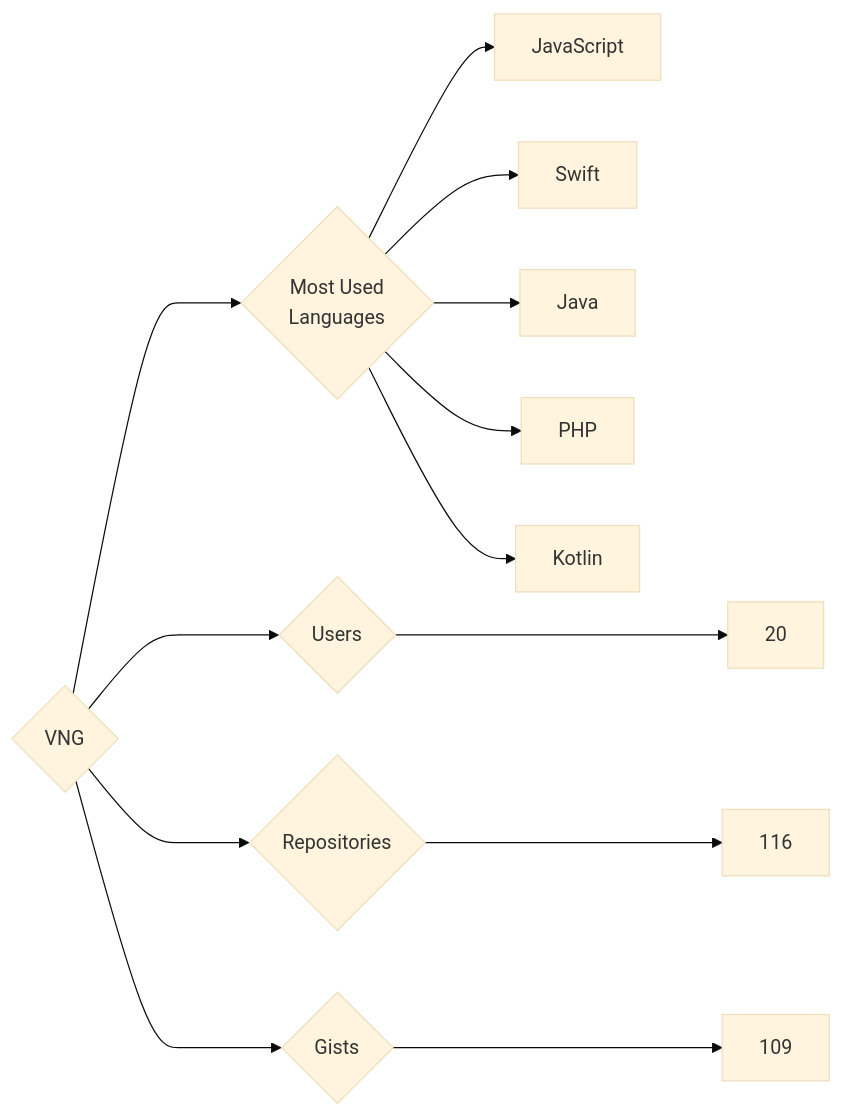
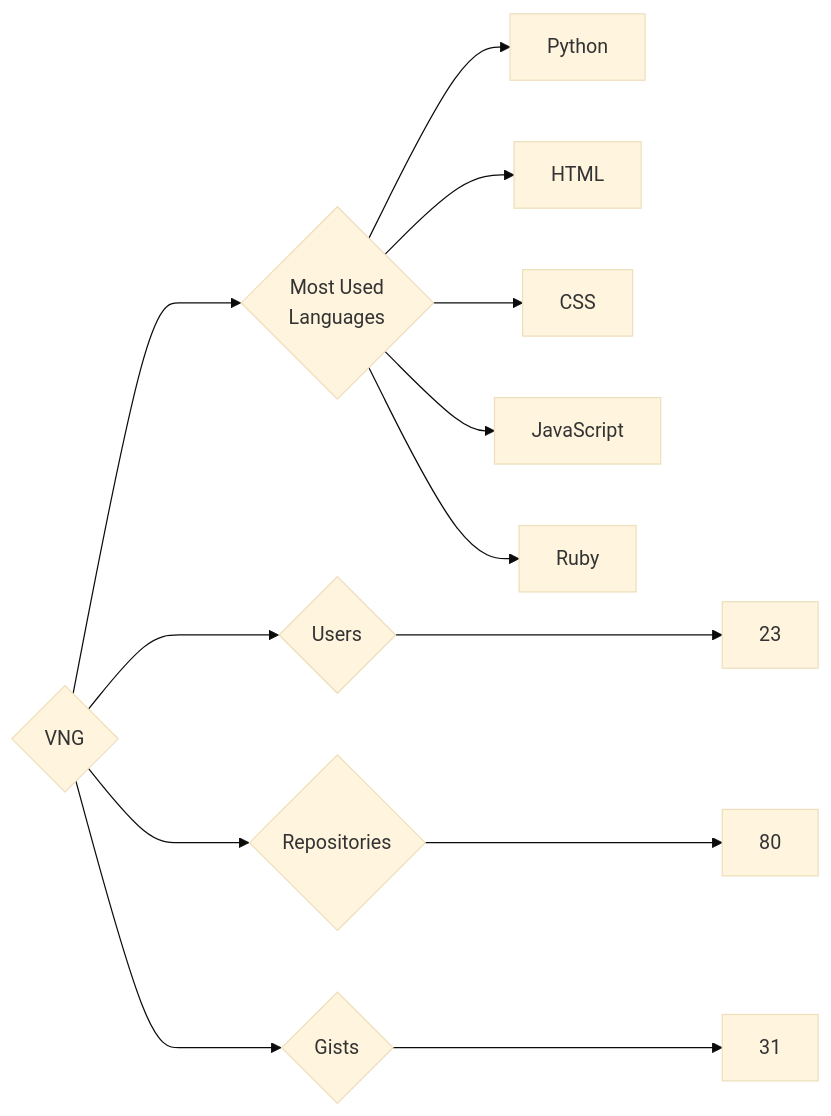
Before and after one commit to trickest/insiders: the diagram in targets/VNG/README.md, drawn with Mermaid (base theme). The commit also changed 939 other files, not shown here.

````diff
--- a/targets/VNG/README.md
+++ b/targets/VNG/README.md
@@ -3,13 +3,13 @@
 ```mermaid
 graph LR
 COMPANY_NAME{VNG}
-COMPANY_NAME ---> U{Users} ---> UN[20]
-COMPANY_NAME ---> R{Repositories} ---> RN[116]
-COMPANY_NAME ---> G{Gists} ---> GN[109]
+COMPANY_NAME ---> U{Users} ---> UN[23]
+COMPANY_NAME ---> R{Repositories} ---> RN[80]
+COMPANY_NAME ---> G{Gists} ---> GN[31]
 COMPANY_NAME ---> ML{Most Used<br>Languages}
+ML --> Python[Python]
+ML --> HTML[HTML]
+ML --> CSS[CSS]
 ML --> JavaScript[JavaScript]
-ML --> Swift[Swift]
-ML --> Java[Java]
-ML --> PHP[PHP]
-ML --> Kotlin[Kotlin]
+ML --> Ruby[Ruby]
 ```
````
